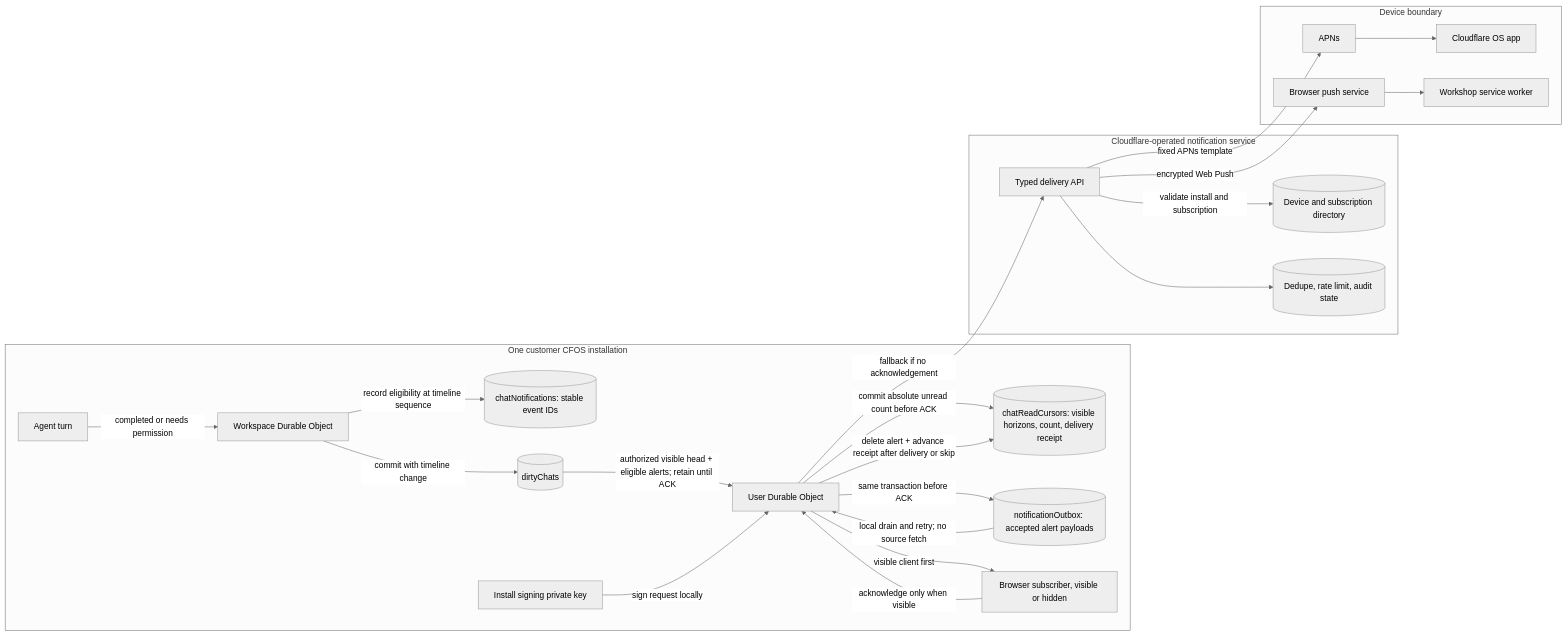
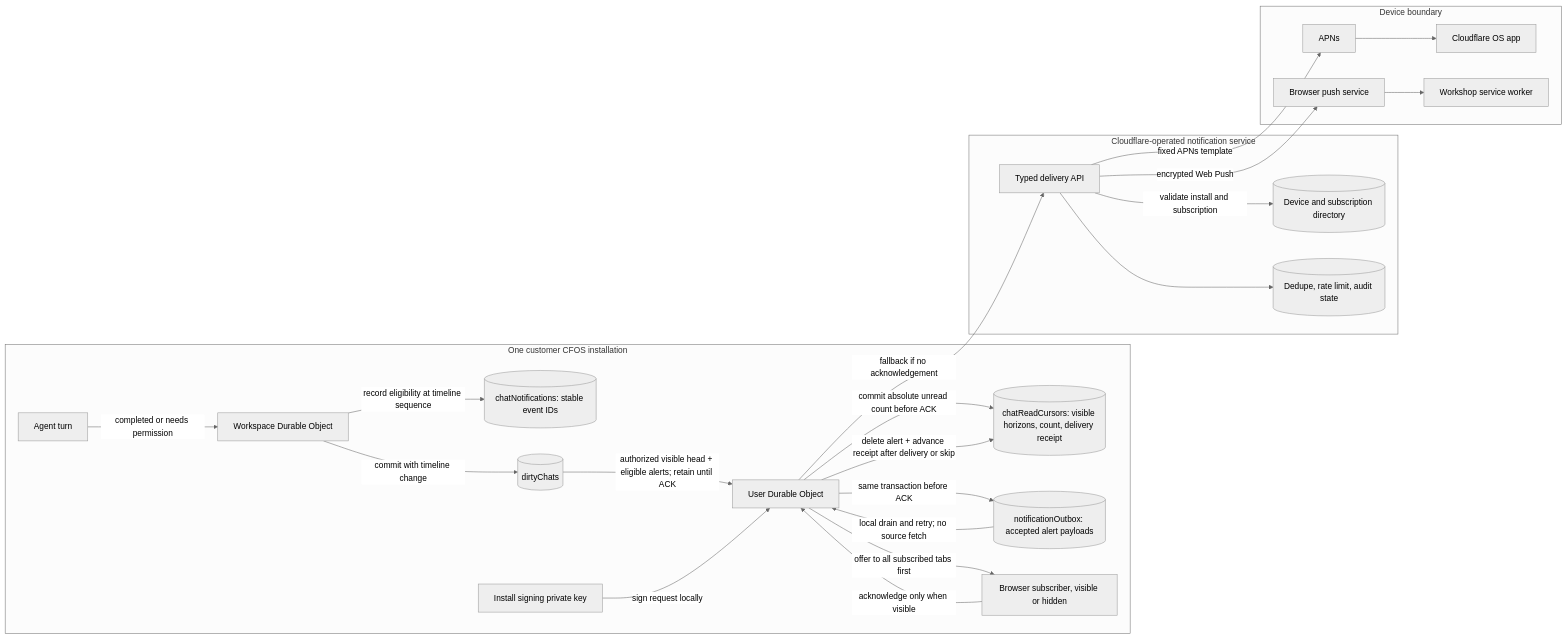
One commit to cloudflare/cloudflare-os changed the second of 2 diagrams in docs/notifications.md. Above: the diagram before and after it, drawn with Mermaid (neutral theme). The commit also changed other lines of this file, not shown here.

Commit message:
Clarify parallel browser notification delivery

````diff
--- a/docs/notifications.md
+++ b/docs/notifications.md
@@ -145,46 +145,46 @@
 ```mermaid
 flowchart LR
   subgraph Install[One customer CFOS installation]
     Agent[Agent turn]
     Workspace[Workspace Durable Object]
     Candidates[(chatNotifications: stable event IDs)]
     SourceDirty[(dirtyChats)]
     User[User Durable Object]
     Cursor[(chatReadCursors: visible horizons, count, delivery receipt)]
     Outbox[(notificationOutbox: accepted alert payloads)]
     Browser[Browser subscriber, visible or hidden]
     Key[Install signing private key]
   end
 
   subgraph Central[Cloudflare-operated notification service]
     Delivery[Typed delivery API]
     Registry[(Device and subscription directory)]
     Audit[(Dedupe, rate limit, audit state)]
   end
 
   subgraph Devices[Device boundary]
     APNS[APNs]
     App[Cloudflare OS app]
     WebPush[Browser push service]
     Worker[Workshop service worker]
   end
 
   Agent -->|completed or needs permission| Workspace
   Workspace -->|record eligibility at timeline sequence| Candidates
   Workspace -->|commit with timeline change| SourceDirty
   SourceDirty -->|authorized visible head + eligible alerts; retain until ACK| User
   User -->|commit absolute unread count before ACK| Cursor
   User -->|same transaction before ACK| Outbox
   Outbox -->|local drain and retry; no source fetch| User
-  User -->|visible client first| Browser
+  User -->|offer to all subscribed tabs first| Browser
   Browser -->|acknowledge only when visible| User
   User -->|delete alert + advance receipt after delivery or skip| Cursor
   User -->|fallback if no acknowledgement| Delivery
   Key -->|sign request locally| User
   Delivery -->|validate install and subscription| Registry
   Delivery --> Audit
   Delivery -->|fixed APNs template| APNS
   APNS --> App
   Delivery -->|encrypted Web Push| WebPush
   WebPush --> Worker
 ```
````
